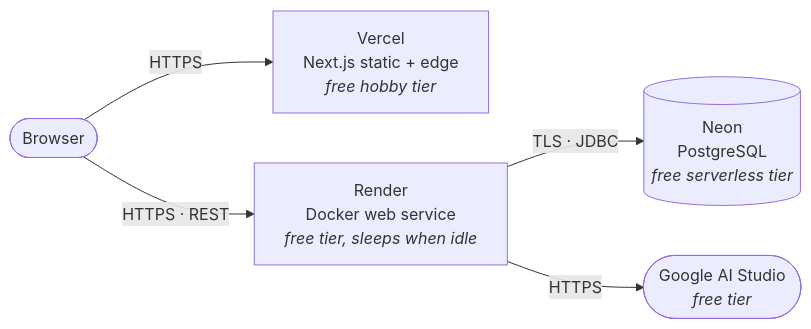
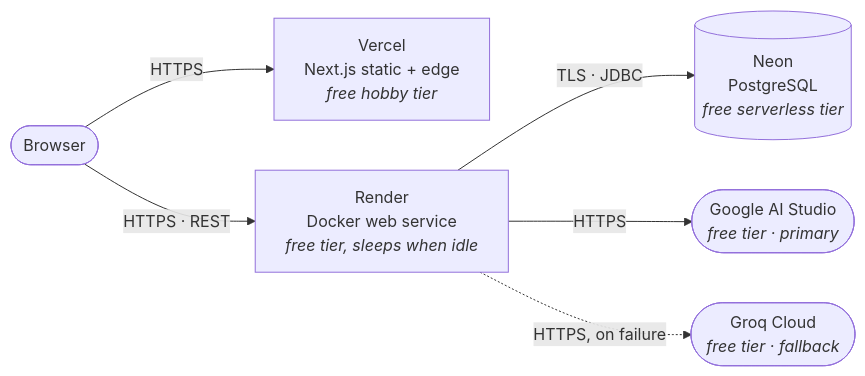
The third of 3 diagrams in docs/architecture-diagram.md (Saisrijan166/future-process-designer), drawn with Mermaid before and after one commit. The commit also changed other lines of this file and 30 other files, not shown here.

````diff
--- a/docs/architecture-diagram.md
+++ b/docs/architecture-diagram.md
@@ -135,7 +143,8 @@
 ```mermaid
 flowchart LR
     B(["Browser"]) -->|HTTPS| V["Vercel<br/>Next.js static + edge<br/><i>free hobby tier</i>"]
     B -->|"HTTPS · REST"| R["Render<br/>Docker web service<br/><i>free tier, sleeps when idle</i>"]
     R -->|"TLS · JDBC"| N[("Neon<br/>PostgreSQL<br/><i>free serverless tier</i>")]
-    R -->|HTTPS| G(["Google AI Studio<br/><i>free tier</i>"])
+    R -->|HTTPS| G(["Google AI Studio<br/><i>free tier · primary</i>"])
+    R -.->|"HTTPS, on failure"| GQ(["Groq Cloud<br/><i>free tier · fallback</i>"])
 ```
````
